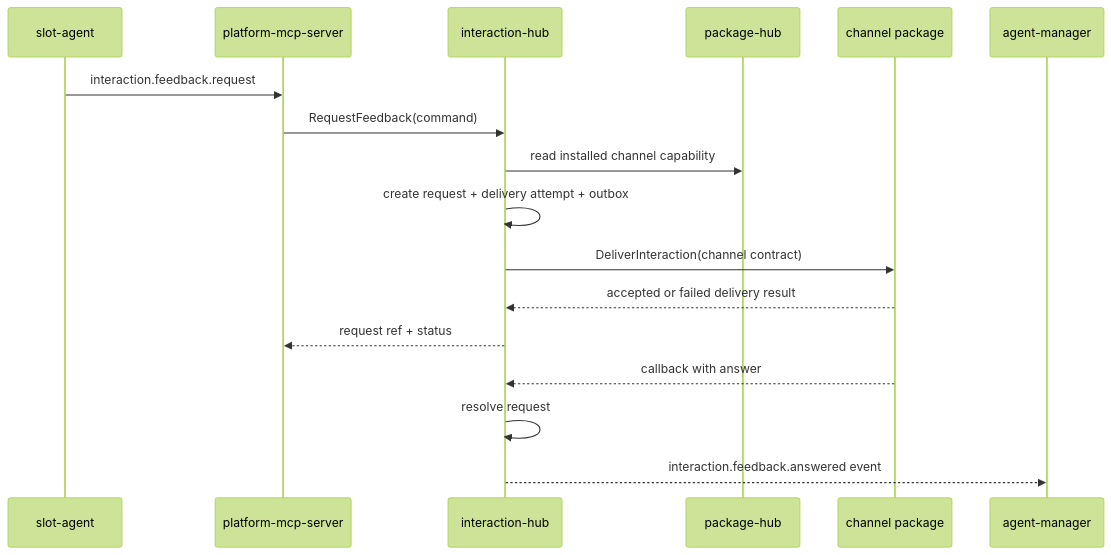
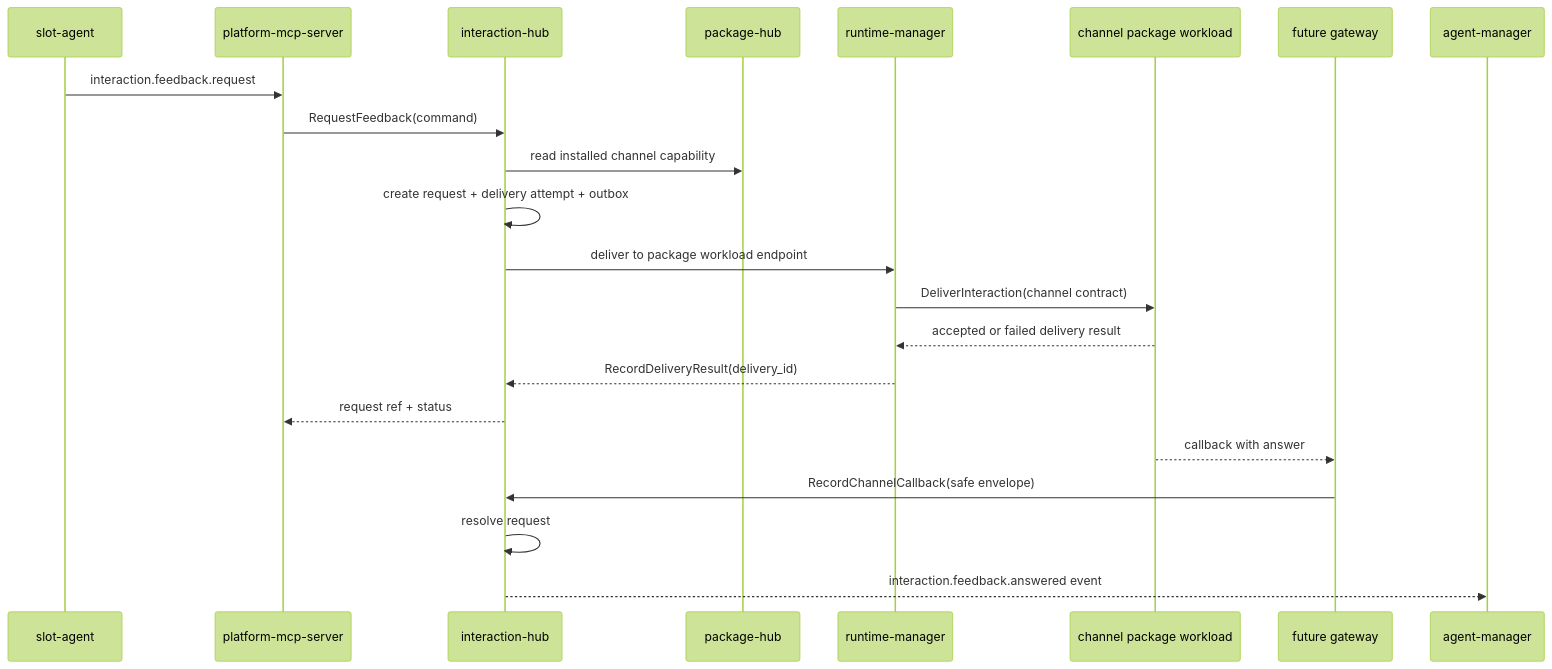
The first of 4 diagrams in docs/domains/interaction-hub/architecture/design.md (codex-k8s/kodex), drawn with Mermaid (forest theme) before and after one commit. The commit also changed other lines of this file and 2 other files, not shown here.

Commit message:
Address interaction hub review feedback

````diff
--- a/docs/domains/interaction-hub/architecture/design.md
+++ b/docs/domains/interaction-hub/architecture/design.md
@@ -83,19 +83,24 @@
 ```mermaid
 sequenceDiagram
   participant Runner as slot-agent
   participant MCP as platform-mcp-server
   participant IH as interaction-hub
   participant PKG as package-hub
-  participant CH as channel package
+  participant R as runtime-manager
+  participant CH as channel package workload
+  participant GW as future gateway
   participant AM as agent-manager
   Runner->>MCP: interaction.feedback.request
   MCP->>IH: RequestFeedback(command)
   IH->>PKG: read installed channel capability
   IH->>IH: create request + delivery attempt + outbox
-  IH->>CH: DeliverInteraction(channel contract)
-  CH-->>IH: accepted or failed delivery result
+  IH->>R: deliver to package workload endpoint
+  R->>CH: DeliverInteraction(channel contract)
+  CH-->>R: accepted or failed delivery result
+  R-->>IH: RecordDeliveryResult(delivery_id)
   IH-->>MCP: request ref + status
-  CH-->>IH: callback with answer
+  CH-->>GW: callback with answer
+  GW->>IH: RecordChannelCallback(safe envelope)
   IH->>IH: resolve request
   IH-->>AM: interaction.feedback.answered event
 ```
````
